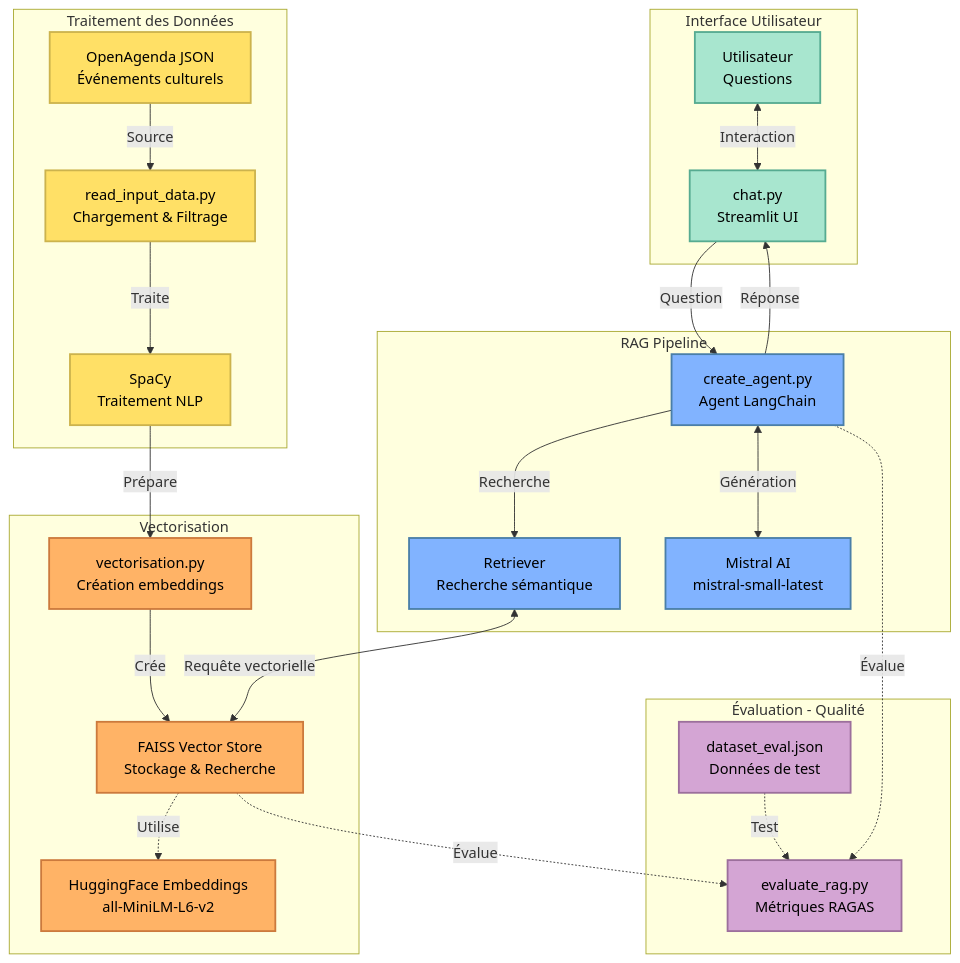
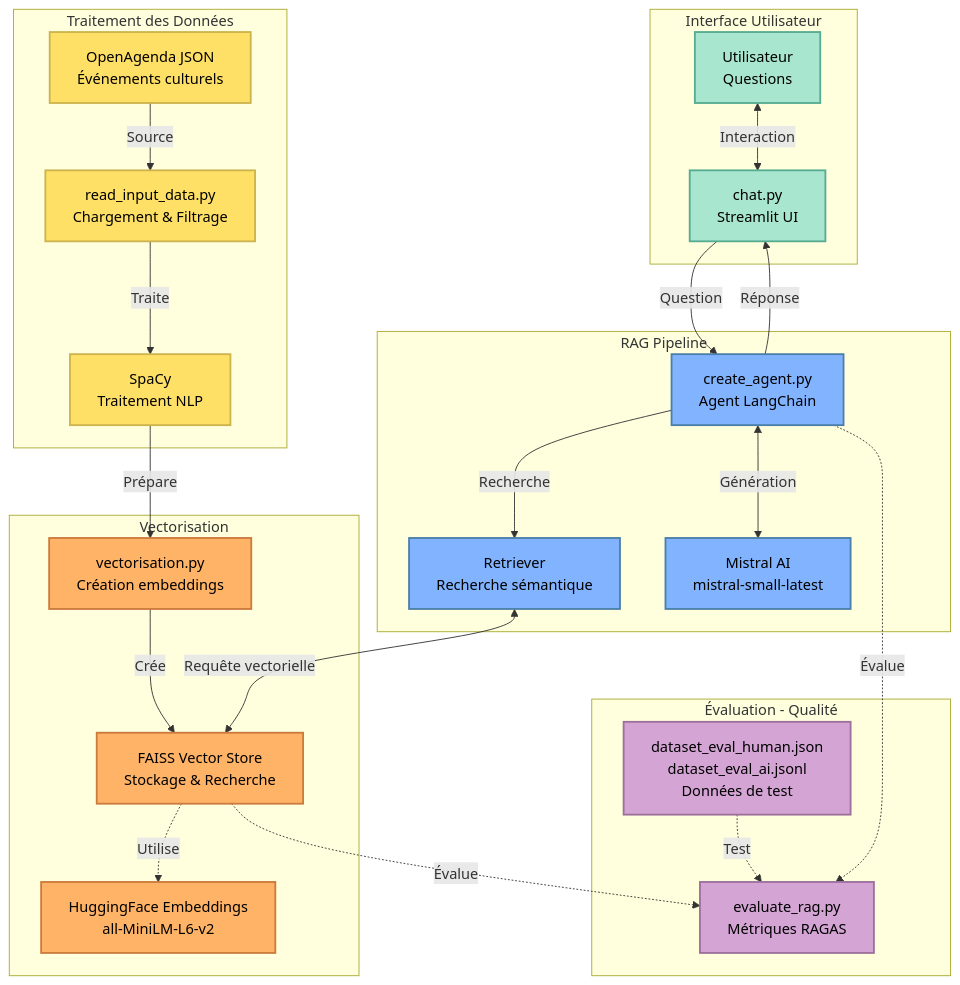
Before and after one commit to Tomtou1/projet_11_RAG: the diagram in Readme.md, drawn with Mermaid. The commit also changed other lines of this file and 8 other files, not shown here.

````diff
--- a/Readme.md
+++ b/Readme.md
@@ -7,72 +7,72 @@
 ```mermaid
 graph TD
     subgraph "Interface Utilisateur"
         K[Utilisateur<br/>Questions]
         J[chat.py<br/>Streamlit UI]
     end
     
     K <-->|Interaction| J
     
     subgraph "RAG Pipeline"
         G[create_agent.py<br/>Agent LangChain]
         H[Retriever<br/>Recherche sémantique]
         I[Mistral AI<br/>mistral-small-latest]
     end
     
     J -->|Question| G
     G -->|Recherche| H
     G <-->|Génération| I
     G -->|Réponse| J
     
     subgraph "Vectorisation"
         F[FAISS Vector Store<br/>Stockage & Recherche]
         E[HuggingFace Embeddings<br/>all-MiniLM-L6-v2]
         D[vectorisation.py<br/>Création embeddings]
     end
     
     H <-->|Requête vectorielle| F
     F -.->|Utilise| E
     D -->|Crée| F
     
     subgraph "Traitement des Données "
         C[SpaCy<br/>Traitement NLP]
         B[read_input_data.py<br/>Chargement & Filtrage]
         A[OpenAgenda JSON<br/>Événements culturels]
     end
     
     B -->|Traite| C
     C -->|Prépare| D
     A -->|Source| B
     
     subgraph "Évaluation - Qualité"
         L[evaluate_rag.py<br/>Métriques RAGAS]
-        M[dataset_eval.json<br/>Données de test]
+        M[dataset_eval_human.json<br/>dataset_eval_ai.jsonl<br/>Données de test]
     end
     
     G -.->|Évalue| L
     F -.->|Évalue| L
     M -.->|Test| L
     
     %% Interface Utilisateur - Vert clair
     style K fill:#a8e6cf,stroke:#56ab91,stroke-width:2px,color:#000
     style J fill:#a8e6cf,stroke:#56ab91,stroke-width:2px,color:#000
     
     %% RAG Pipeline - Bleu clair
     style G fill:#81b3ff,stroke:#4a7fa8,stroke-width:2px,color:#000
     style H fill:#81b3ff,stroke:#4a7fa8,stroke-width:2px,color:#000
     style I fill:#81b3ff,stroke:#4a7fa8,stroke-width:2px,color:#000
     
     %% Vectorisation - Orange clair
     style F fill:#ffb366,stroke:#cc7a3d,stroke-width:2px,color:#000
     style E fill:#ffb366,stroke:#cc7a3d,stroke-width:2px,color:#000
     style D fill:#ffb366,stroke:#cc7a3d,stroke-width:2px,color:#000
     
     %% Traitement des Données - Jaune clair
     style C fill:#ffe066,stroke:#ccb34d,stroke-width:2px,color:#000
     style B fill:#ffe066,stroke:#ccb34d,stroke-width:2px,color:#000
     style A fill:#ffe066,stroke:#ccb34d,stroke-width:2px,color:#000
     
     %% Évaluation - Violet clair
     style L fill:#d4a5d4,stroke:#9c6f9c,stroke-width:2px,color:#000
     style M fill:#d4a5d4,stroke:#9c6f9c,stroke-width:2px,color:#000
 ```
````
